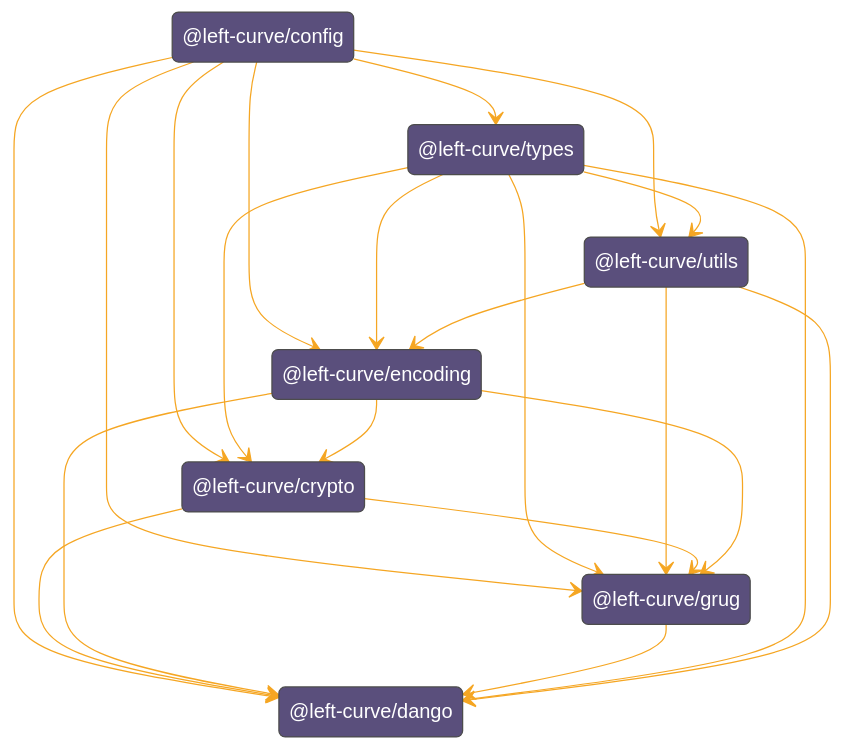
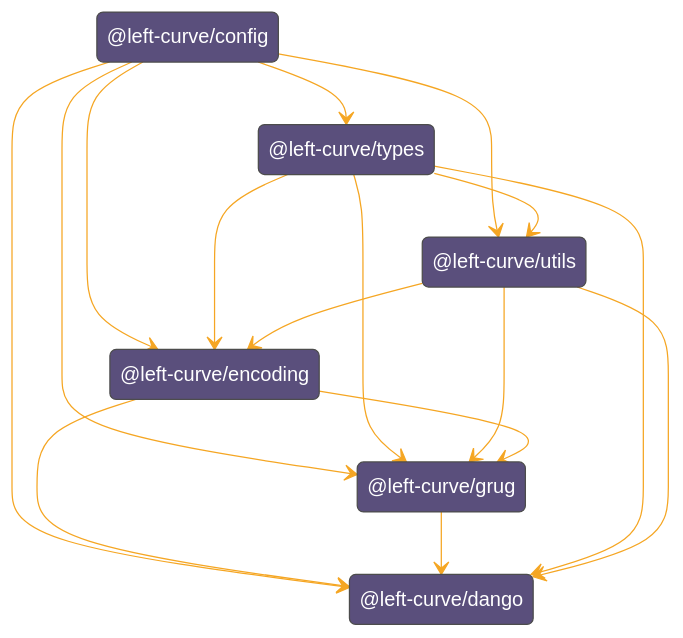
One commit to left-curve/left-curve changed the diagram in sdk/README.md. Above: the diagram before and after it, drawn with Mermaid. The commit also changed 39 other files, not shown here.

Commit message:
refactor: mv crypto into grug-sdk

````diff
--- a/sdk/README.md
+++ b/sdk/README.md
@@ -21,37 +21,31 @@
 ```mermaid
 %%{
   init: {
   'theme': 'base',
   'themeVariables': {"primaryTextColor":"#fff","primaryColor":"#5a4f7c","lineColor":"#f5a623" }
   }
 }%%
 stateDiagram-v2
     state "@left-curve/config" as left_curve_config
     state "@left-curve/types" as left_curve_types
     state "@left-curve/utils" as left_curve_utils
     state "@left-curve/grug" as left_curve_sdk
-    state "@left-curve/crypto" as left_curve_crypto
     state "@left-curve/encoding" as left_curve_encoding
     state "@left-curve/dango" as left_curve_dango
 
     left_curve_config --> left_curve_types
     left_curve_config --> left_curve_utils
     left_curve_types --> left_curve_utils
     left_curve_config --> left_curve_sdk
     left_curve_types --> left_curve_sdk
     left_curve_utils --> left_curve_sdk
-    left_curve_crypto --> left_curve_sdk
     left_curve_encoding --> left_curve_sdk
     left_curve_config --> left_curve_encoding
     left_curve_types --> left_curve_encoding
     left_curve_utils --> left_curve_encoding
-    left_curve_config --> left_curve_crypto
-    left_curve_types --> left_curve_crypto
-    left_curve_encoding --> left_curve_crypto
     left_curve_config --> left_curve_dango
-    left_curve_crypto --> left_curve_dango
     left_curve_encoding --> left_curve_dango
     left_curve_sdk --> left_curve_dango
     left_curve_types --> left_curve_dango
     left_curve_utils --> left_curve_dango
 ```
````
